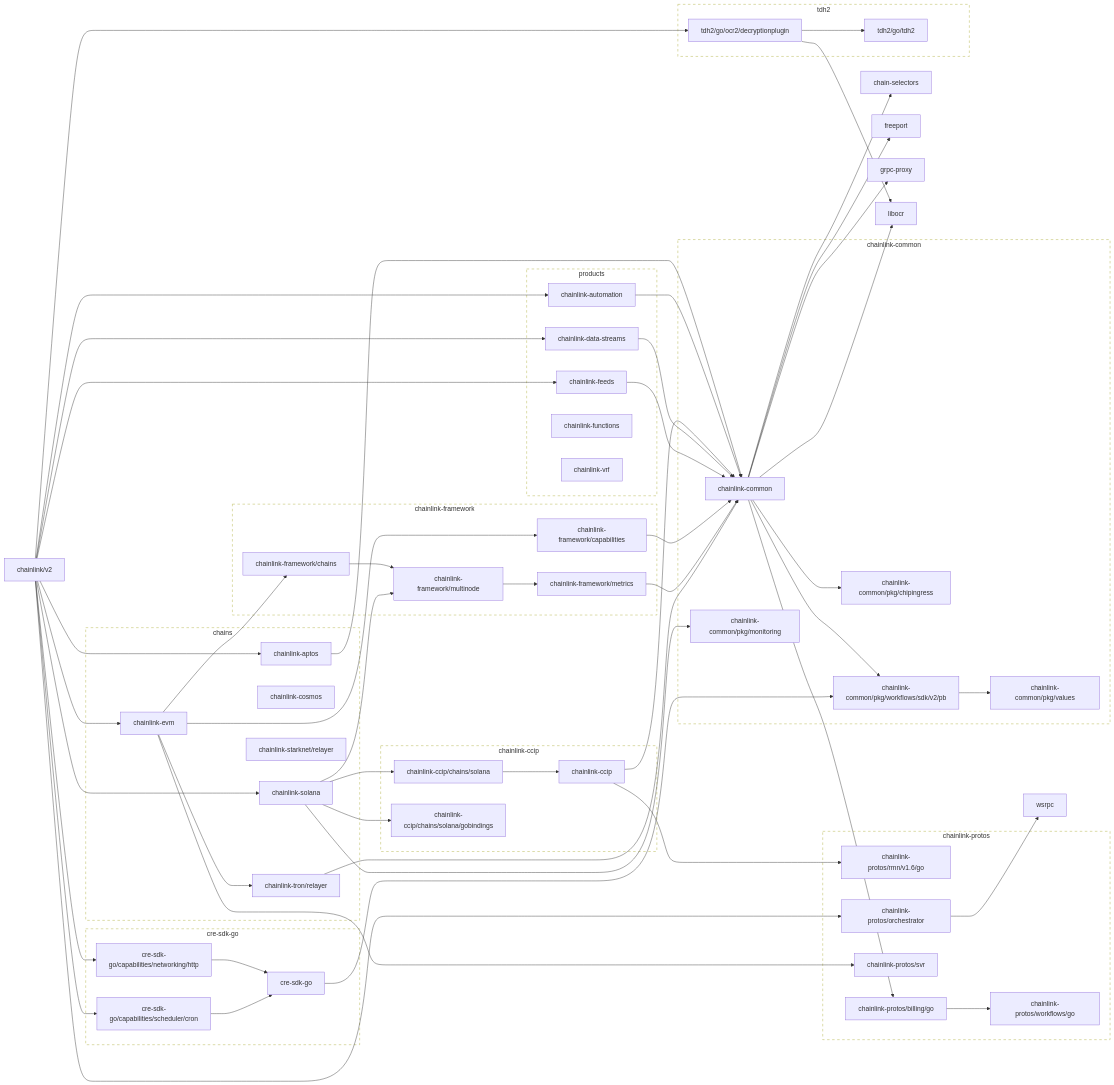
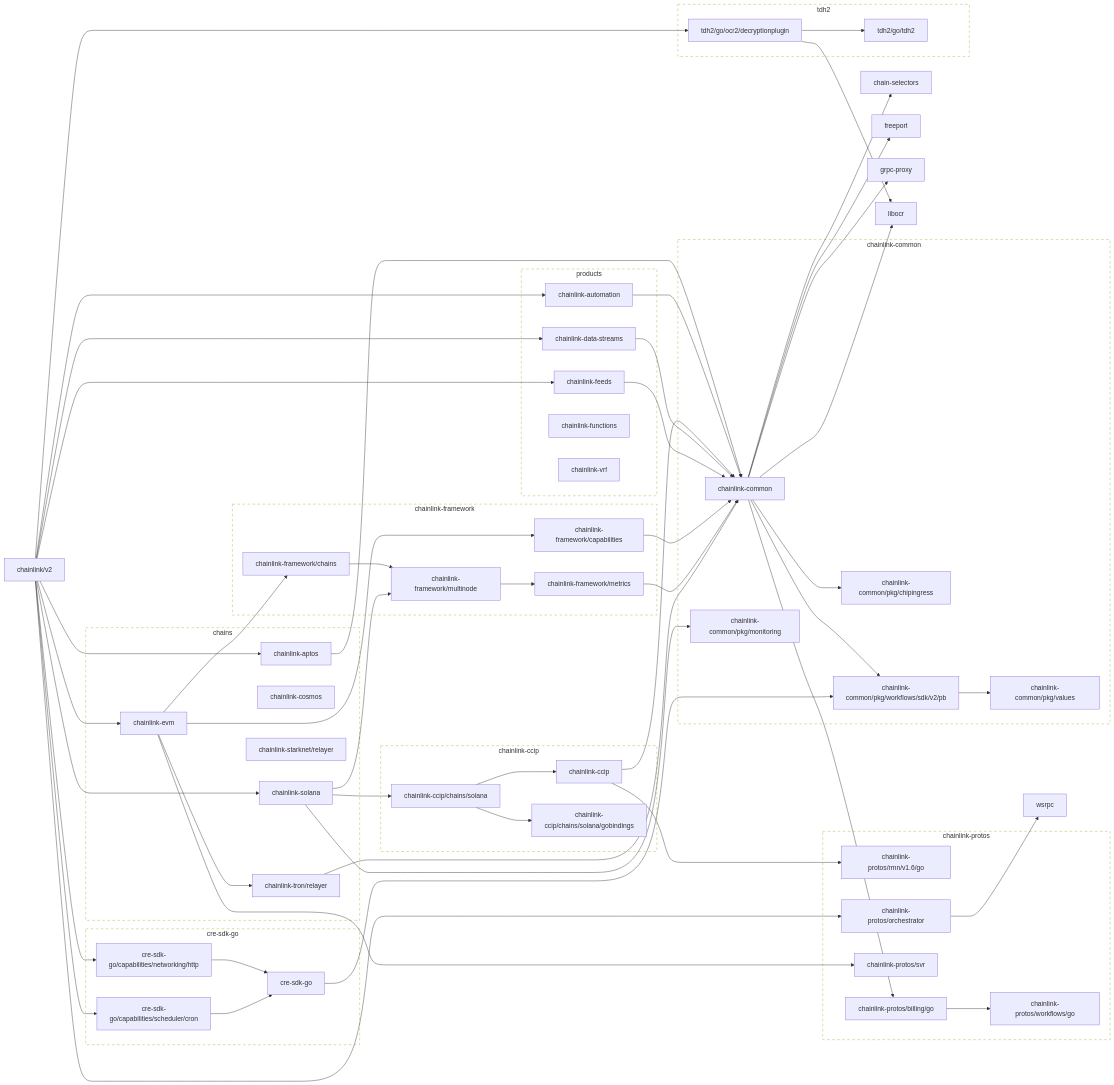
Before and after one commit to JohnDaWalka/chainlink: the first of 2 diagrams in go.md, drawn with Mermaid. The commit also changed other lines of this file and 91 other files, not shown here.

```diff
--- a/go.md
+++ b/go.md
@@ -32,6 +32,7 @@
 	chainlink-ccip --> chainlink-protos/rmn/v1.6/go
 	click chainlink-ccip href "https://github.com/smartcontractkit/chainlink-ccip"
 	chainlink-ccip/chains/solana --> chainlink-ccip
+	chainlink-ccip/chains/solana --> chainlink-ccip/chains/solana/gobindings
 	click chainlink-ccip/chains/solana href "https://github.com/smartcontractkit/chainlink-ccip"
 	chainlink-ccip/chains/solana/gobindings
 	click chainlink-ccip/chains/solana/gobindings href "https://github.com/smartcontractkit/chainlink-ccip"
@@ -79,7 +80,6 @@
 	chainlink-protos/workflows/go
 	click chainlink-protos/workflows/go href "https://github.com/smartcontractkit/chainlink-protos"
 	chainlink-solana --> chainlink-ccip/chains/solana
-	chainlink-solana --> chainlink-ccip/chains/solana/gobindings
 	chainlink-solana --> chainlink-common/pkg/monitoring
 	chainlink-solana --> chainlink-framework/multinode
 	click chainlink-solana href "https://github.com/smartcontractkit/chainlink-solana"
```
